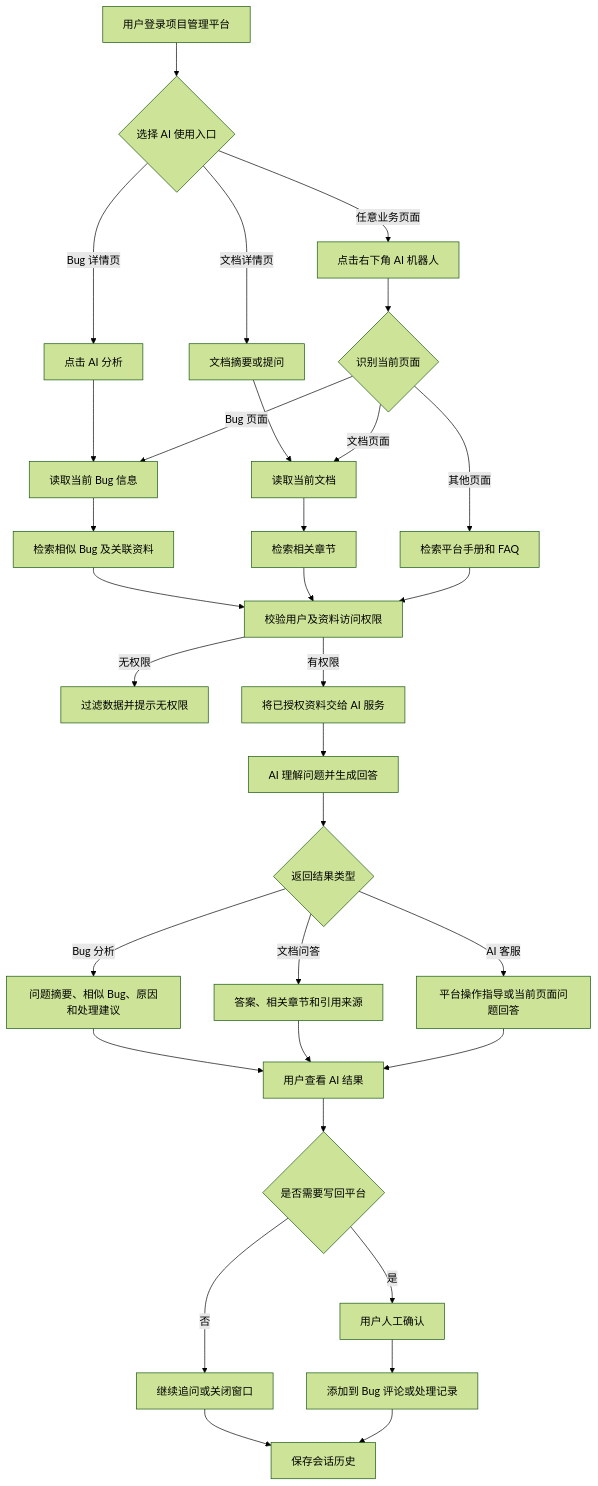
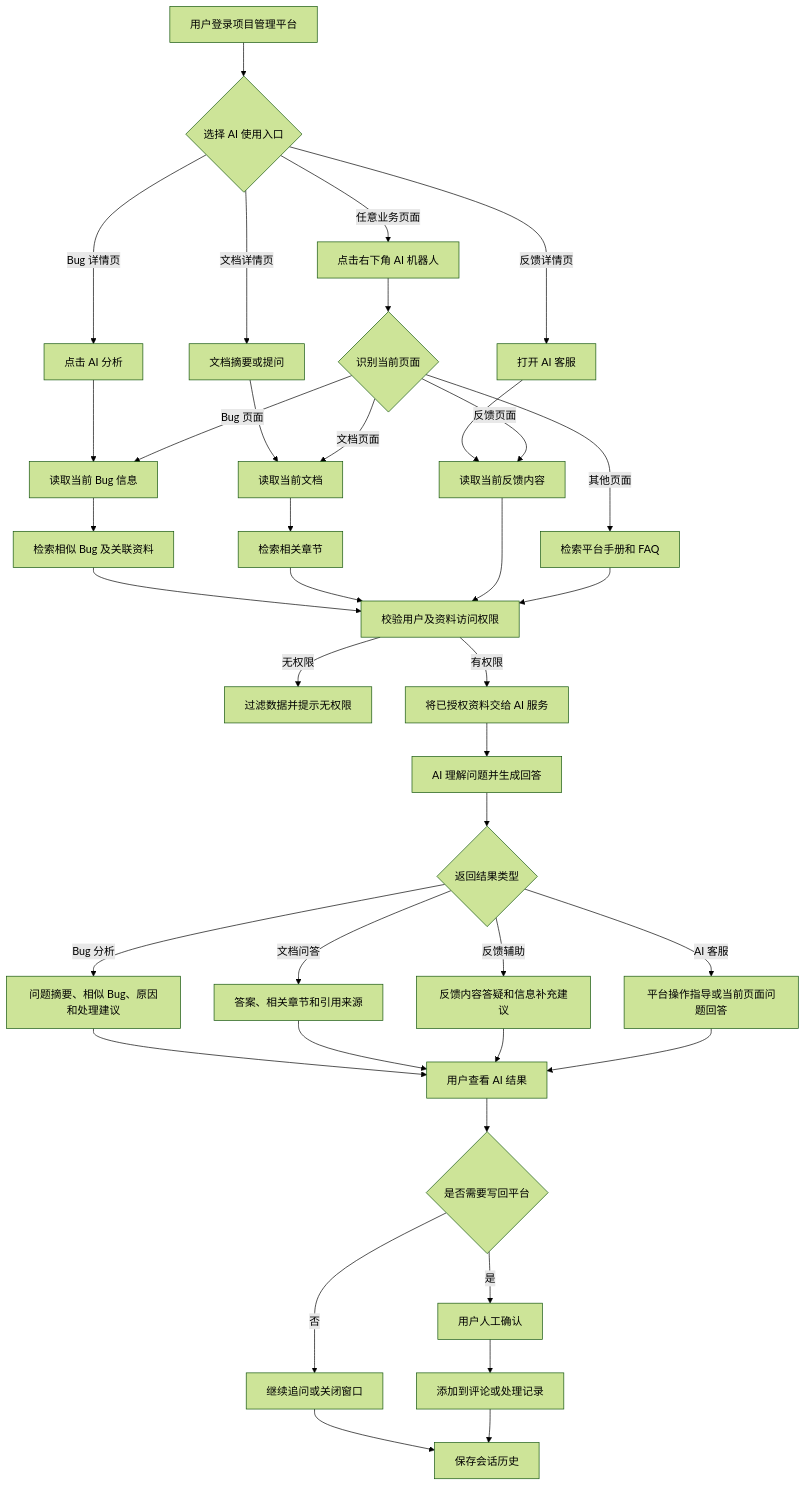
The first of 2 diagrams in AI服务客户展示流程图.md (zhumeng1582/zentao-ai-service), drawn with Mermaid (forest theme) before and after one commit. The commit also changed other lines of this file and 5 other files, not shown here.

````diff
--- a/AI服务客户展示流程图.md
+++ b/AI服务客户展示流程图.md
@@ -16,45 +16,52 @@
 ```mermaid
 flowchart TD
     A[用户登录项目管理平台] --> B{选择 AI 使用入口}
 
     B -->|Bug 详情页| C[点击 AI 分析]
     B -->|文档详情页| D[文档摘要或提问]
+    B -->|反馈详情页| T[打开 AI 客服]
     B -->|任意业务页面| E[点击右下角 AI 机器人]
 
     C --> C1[读取当前 Bug 信息]
     C1 --> C2[检索相似 Bug 及关联资料]
 
     D --> D1[读取当前文档]
     D1 --> D2[检索相关章节]
 
+    T --> T1[读取当前反馈内容]
+
     E --> E1{识别当前页面}
     E1 -->|Bug 页面| C1
     E1 -->|文档页面| D1
+    E1 -->|反馈页面| T1
     E1 -->|其他页面| E2[检索平台手册和 FAQ]
 
     C2 --> F[校验用户及资料访问权限]
     D2 --> F
+    T1 --> F
     E2 --> F
 
     F -->|无权限| G[过滤数据并提示无权限]
     F -->|有权限| H[将已授权资料交给 AI 服务]
 
     H --> I[AI 理解问题并生成回答]
     I --> J{返回结果类型}
 
     J -->|Bug 分析| K[问题摘要、相似 Bug、原因和处理建议]
     J -->|文档问答| L[答案、相关章节和引用来源]
+    J -->|反馈辅助| U[反馈内容答疑和信息补充建议]
     J -->|AI 客服| M[平台操作指导或当前页面问题回答]
 
     K --> N[用户查看 AI 结果]
     L --> N
+    U --> N
     M --> N
 
     N --> O{是否需要写回平台}
     O -->|否| P[继续追问或关闭窗口]
     O -->|是| Q[用户人工确认]
-    Q --> R[添加到 Bug 评论或处理记录]
+    Q --> R[添加到评论或处理记录]
 
     P --> S[保存会话历史]
     R --> S
 ```
````
